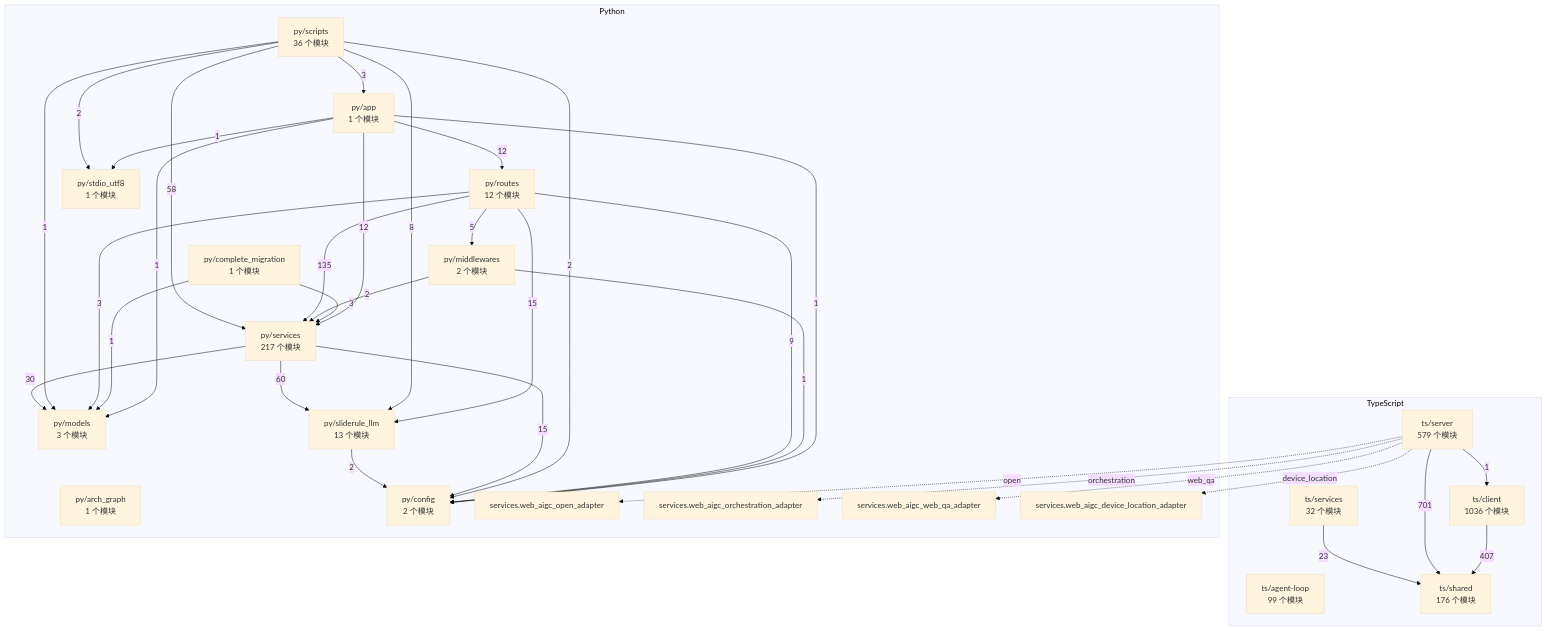
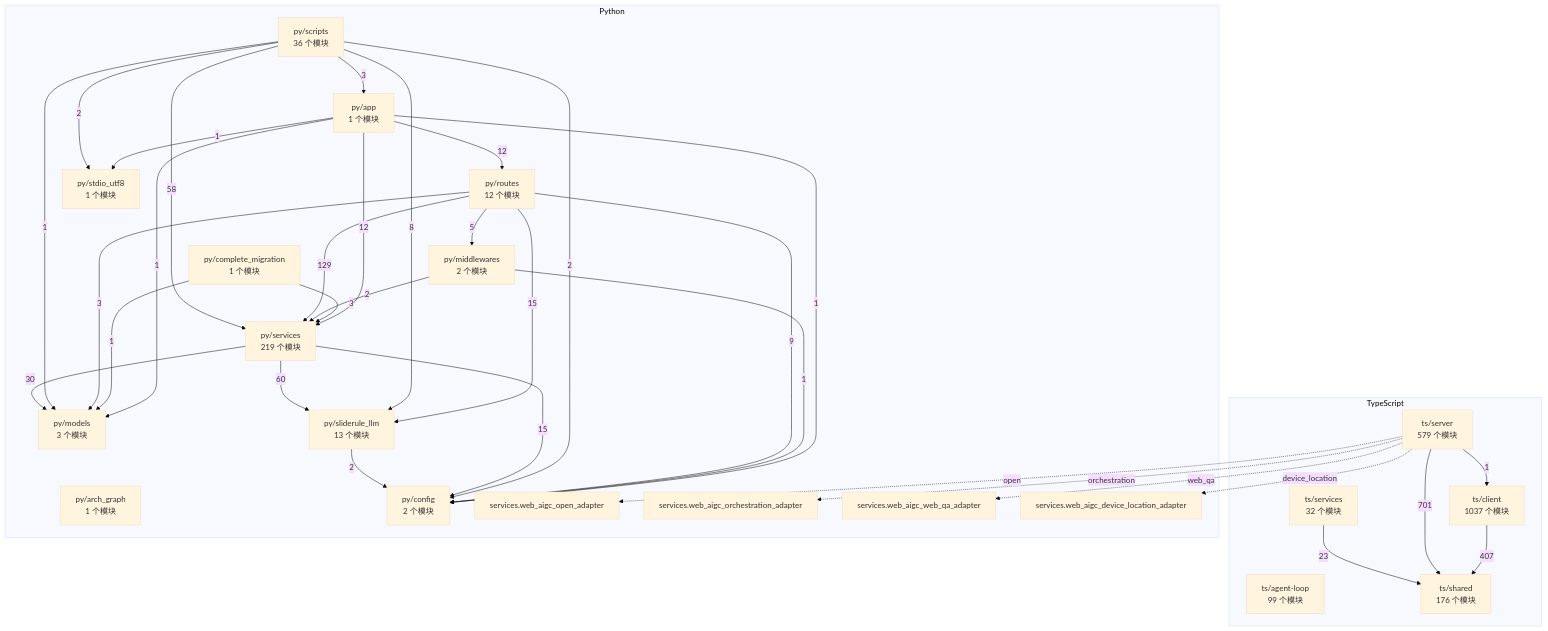
One commit to 2686521696/WhyBuddy changed the diagram in docs/WhyBuddy 全仓架构图（自动生成）.md. Above: the diagram before and after it, drawn with Mermaid (base theme). The commit also changed 4 other files, not shown here.

````diff
--- a/docs/WhyBuddy 全仓架构图（自动生成）.md
+++ b/docs/WhyBuddy 全仓架构图（自动生成）.md
@@ -14,59 +14,59 @@
 ```mermaid
 flowchart TB
   subgraph ts [TypeScript]
     ts_agent_loop["ts/agent-loop<br/>99 个模块"]
-    ts_client["ts/client<br/>1036 个模块"]
+    ts_client["ts/client<br/>1037 个模块"]
     ts_server["ts/server<br/>579 个模块"]
     ts_services["ts/services<br/>32 个模块"]
     ts_shared["ts/shared<br/>176 个模块"]
   end
   subgraph py [Python]
     py_app["py/app<br/>1 个模块"]
     py_arch_graph["py/arch_graph<br/>1 个模块"]
     py_complete_migration["py/complete_migration<br/>1 个模块"]
     py_config["py/config<br/>2 个模块"]
     py_middlewares["py/middlewares<br/>2 个模块"]
     py_models["py/models<br/>3 个模块"]
     py_routes["py/routes<br/>12 个模块"]
     py_scripts["py/scripts<br/>36 个模块"]
-    py_services["py/services<br/>217 个模块"]
+    py_services["py/services<br/>219 个模块"]
     py_sliderule_llm["py/sliderule_llm<br/>13 个模块"]
     py_stdio_utf8["py/stdio_utf8<br/>1 个模块"]
     py_services_web_aigc_open_adapter["services.web_aigc_open_adapter"]
     py_services_web_aigc_orchestration_adapter["services.web_aigc_orchestration_adapter"]
     py_services_web_aigc_web_qa_adapter["services.web_aigc_web_qa_adapter"]
     py_services_web_aigc_device_location_adapter["services.web_aigc_device_location_adapter"]
   end
   ts_client -->|407| ts_shared
   ts_server -->|1| ts_client
   ts_server -->|701| ts_shared
   ts_services -->|23| ts_shared
   py_app -->|1| py_config
   py_app -->|1| py_models
   py_app -->|12| py_routes
   py_app -->|12| py_services
   py_app -->|1| py_stdio_utf8
   py_complete_migration -->|1| py_models
   py_complete_migration -->|3| py_services
   py_middlewares -->|1| py_config
   py_middlewares -->|2| py_services
   py_routes -->|9| py_config
   py_routes -->|5| py_middlewares
   py_routes -->|3| py_models
-  py_routes -->|135| py_services
+  py_routes -->|129| py_services
   py_routes -->|15| py_sliderule_llm
   py_scripts -->|3| py_app
   py_scripts -->|2| py_config
   py_scripts -->|1| py_models
   py_scripts -->|58| py_services
   py_scripts -->|8| py_sliderule_llm
   py_scripts -->|2| py_stdio_utf8
   py_services -->|15| py_config
   py_services -->|30| py_models
   py_services -->|60| py_sliderule_llm
   py_sliderule_llm -->|2| py_config
   ts_server -.->|open| py_services_web_aigc_open_adapter
   ts_server -.->|orchestration| py_services_web_aigc_orchestration_adapter
   ts_server -.->|web_qa| py_services_web_aigc_web_qa_adapter
   ts_server -.->|device_location| py_services_web_aigc_device_location_adapter
 ```
````
